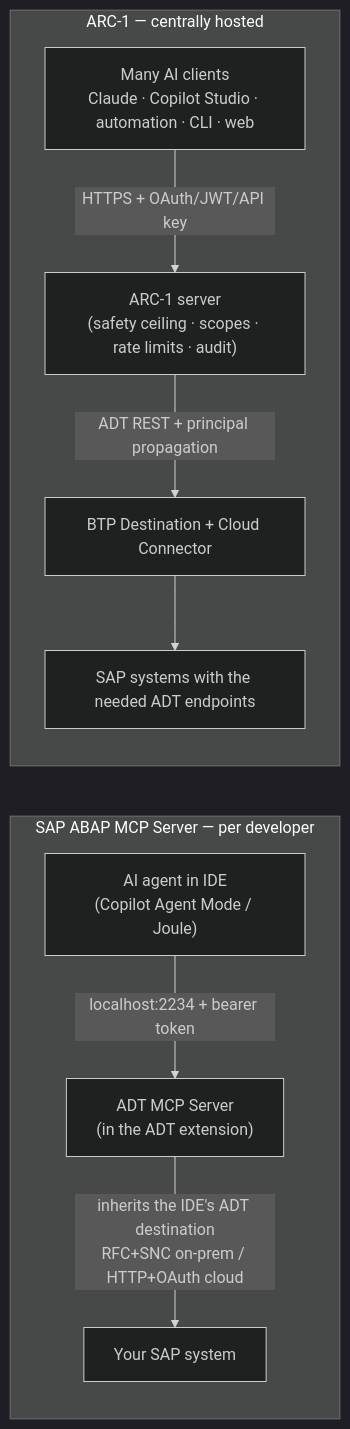
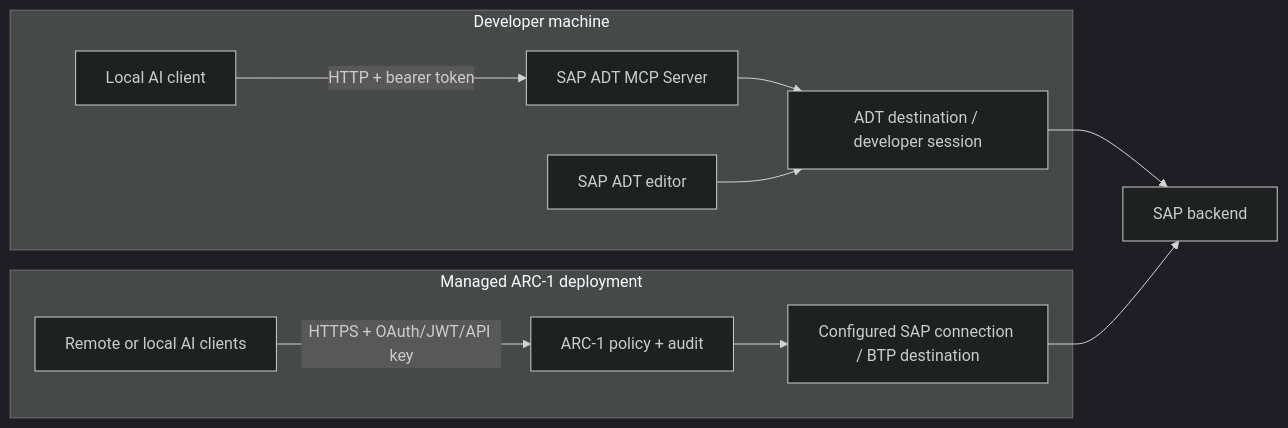
Before and after one commit to ClementRingot/arc-1: the diagram in docs_page/arc-1-vs-sap-abap-mcp-server.md, drawn with Mermaid (dark theme). The commit also changed other lines of this file and 1 other file, not shown here.

Commit message:
docs: refresh SAP MCP comparison for ADT 1.2 (#1028)

````diff
--- a/docs_page/arc-1-vs-sap-abap-mcp-server.md
+++ b/docs_page/arc-1-vs-sap-abap-mcp-server.md
@@ -157,14 +84,14 @@
 ```mermaid
 flowchart LR
-  subgraph SAP_MODEL["SAP ABAP MCP Server — per developer"]
-    direction TB
-    A1["AI agent in IDE<br/>(Copilot Agent Mode / Joule)"] -->|localhost:2234 + bearer token| A2["ADT MCP Server<br/>(in the ADT extension)"]
-    A2 -->|inherits the IDE's ADT destination<br/>RFC+SNC on-prem / HTTP+OAuth cloud| A3["Your SAP system"]
+  subgraph local["Developer machine"]
+    Agent["Local AI client"] -->|HTTP + bearer token| SAPMCP["SAP ADT MCP Server"]
+    SAPMCP --> ADT["ADT destination / developer session"]
+    Editor["SAP ADT editor"] --> ADT
   end
-  subgraph ARC1_MODEL["ARC-1 — centrally hosted"]
-    direction TB
-    B1["Many AI clients<br/>Claude · Copilot Studio · automation · CLI · web"] -->|HTTPS + OAuth/JWT/API key| B2["ARC-1 server<br/>(safety ceiling · scopes · rate limits · audit)"]
-    B2 -->|ADT REST + principal propagation| B3["BTP Destination + Cloud Connector"]
-    B3 --> B4["SAP systems with the needed ADT endpoints"]
+  subgraph service["Managed ARC-1 deployment"]
+    Clients["Remote or local AI clients"] -->|HTTPS + OAuth/JWT/API key| ARC["ARC-1 policy + audit"]
+    ARC --> Route["Configured SAP connection / BTP destination"]
   end
+  ADT --> SAP["SAP backend"]
+  Route --> SAP
 ```
````
